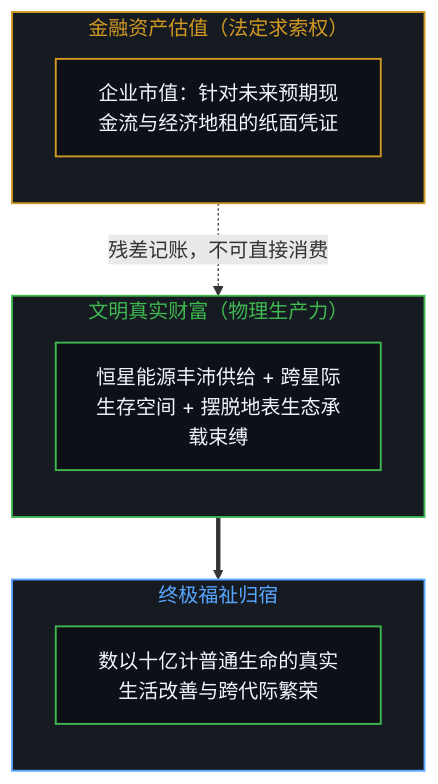
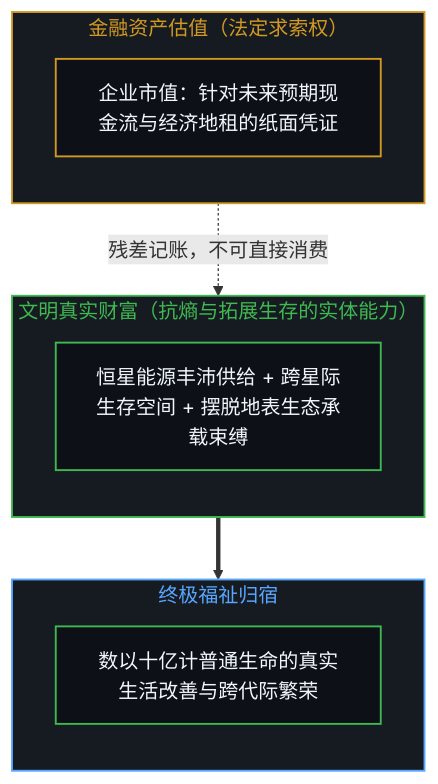
Diagram 13 of 14 in content/posts/beyond-the-hundred-trillion-horizon.md (powerpig99/not-a-toe), drawn with Mermaid before and after one commit. The commit also changed other lines of this file and 4 other files, not shown here.

````diff
--- a/content/posts/beyond-the-hundred-trillion-horizon.md
+++ b/content/posts/beyond-the-hundred-trillion-horizon.md
@@ -523,30 +523,30 @@
 ```mermaid
 flowchart TD
     classDef default fill:#0d1117,stroke:#30363d,stroke-width:1px,color:#f0f6fc;
     classDef mind fill:#0d1117,stroke:#3fb950,stroke-width:1.5px,color:#f0f6fc;
     classDef warn fill:#0d1117,stroke:#d29922,stroke-width:1.5px,color:#f0f6fc;
     classDef fail fill:#0d1117,stroke:#f85149,stroke-width:1.5px,color:#f0f6fc;
     classDef model fill:#0d1117,stroke:#58a6ff,stroke-width:1.5px,color:#f0f6fc;
 
     subgraph S_FINANCE_ZH ["金融资产估值（法定求索权）"]
         direction TB
         EQUITY["企业市值：针对未来预期现金流与经济地租的纸面凭证"]:::warn
     end
 
-    subgraph S_REAL_ZH ["文明真实财富（物理生产力）"]
+    subgraph S_REAL_ZH ["文明真实财富（抗熵与拓展生存的实体能力）"]
         direction TB
         WEALTH["恒星能源丰沛供给 + 跨星际生存空间 + 摆脱地表生态承载束缚"]:::mind
     end
 
     subgraph S_DESTINY_ZH ["终极福祉归宿"]
         direction TB
         CIVILIZATION["数以十亿计普通生命的真实生活改善与跨代际繁荣"]:::mind
     end
 
     S_FINANCE_ZH -.->|"残差记账，不可直接消费"| S_REAL_ZH
     S_REAL_ZH ==> S_DESTINY_ZH
 
     style S_FINANCE_ZH fill:#161b22,stroke:#d29922,stroke-width:1.5px,color:#d29922
     style S_REAL_ZH fill:#161b22,stroke:#3fb950,stroke-width:1.5px,color:#3fb950
     style S_DESTINY_ZH fill:#161b22,stroke:#58a6ff,stroke-width:1.5px,color:#58a6ff
 ```
````
